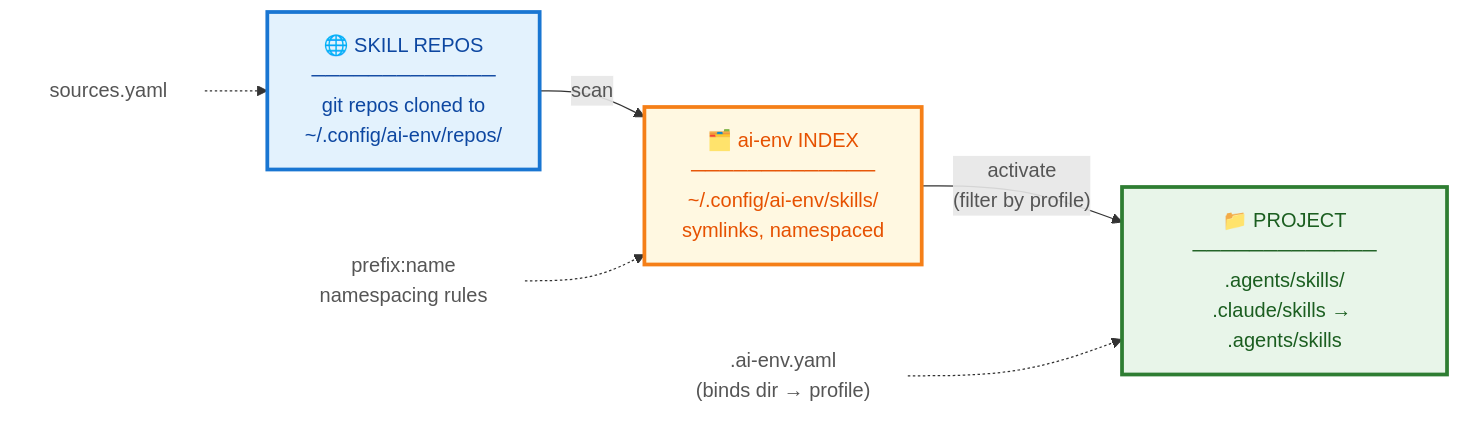
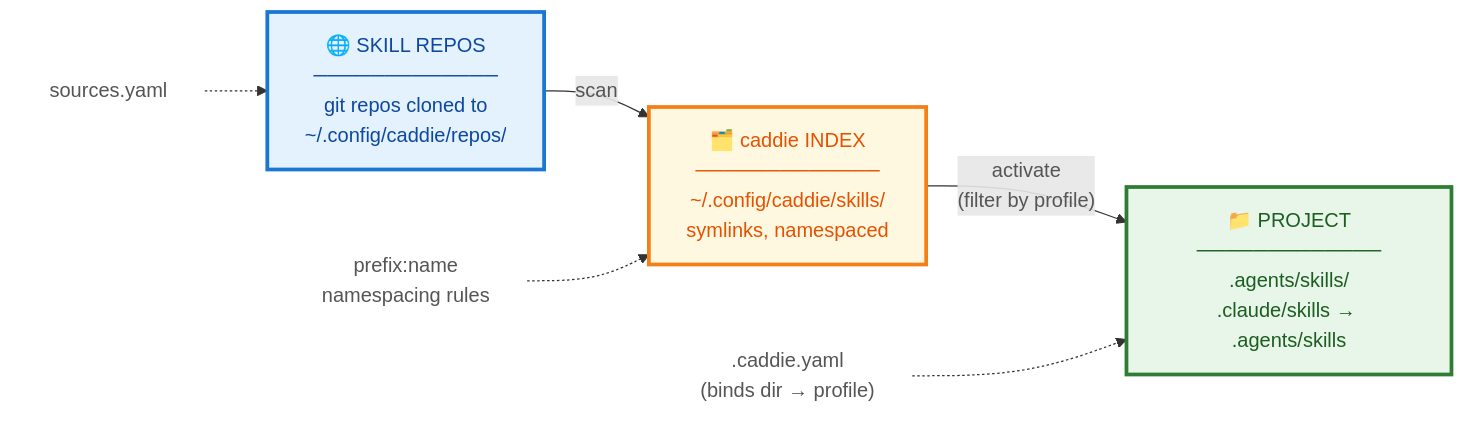
One commit to Portauw/caddie changed the diagram in docs/images/07-mental-model.mmd. Above: the diagram before and after it, drawn with Mermaid. The commit also changed 21 other files, not shown here.

First line of the commit message:
chore: rename ai-env → caddie

```diff
--- a/docs/images/07-mental-model.mmd
+++ b/docs/images/07-mental-model.mmd
@@ -1,19 +1,19 @@
 flowchart LR
     classDef src fill:#e3f2fd,stroke:#1976d2,stroke-width:3px,color:#0d47a1
     classDef idx fill:#fff8e1,stroke:#f57f17,stroke-width:3px,color:#e65100
     classDef proj fill:#e8f5e9,stroke:#2e7d32,stroke-width:3px,color:#1b5e20
     classDef label fill:none,stroke:none,color:#555
 
-    A["🌐 SKILL REPOS<br/>─────────────<br/>git repos cloned to<br/>~/.config/ai-env/repos/"]:::src
-    B["🗂️ ai-env INDEX<br/>─────────────<br/>~/.config/ai-env/skills/<br/>symlinks, namespaced"]:::idx
+    A["🌐 SKILL REPOS<br/>─────────────<br/>git repos cloned to<br/>~/.config/caddie/repos/"]:::src
+    B["🗂️ caddie INDEX<br/>─────────────<br/>~/.config/caddie/skills/<br/>symlinks, namespaced"]:::idx
     C["📁 PROJECT<br/>─────────────<br/>.agents/skills/<br/>.claude/skills → .agents/skills"]:::proj
 
     A -->|"scan"| B -->|"activate<br/>(filter by profile)"| C
 
     L1["sources.yaml"]:::label
     L2["prefix:name<br/>namespacing rules"]:::label
-    L3[".ai-env.yaml<br/>(binds dir → profile)"]:::label
+    L3[".caddie.yaml<br/>(binds dir → profile)"]:::label
 
     L1 -.-> A
     L2 -.-> B
     L3 -.-> C
```
